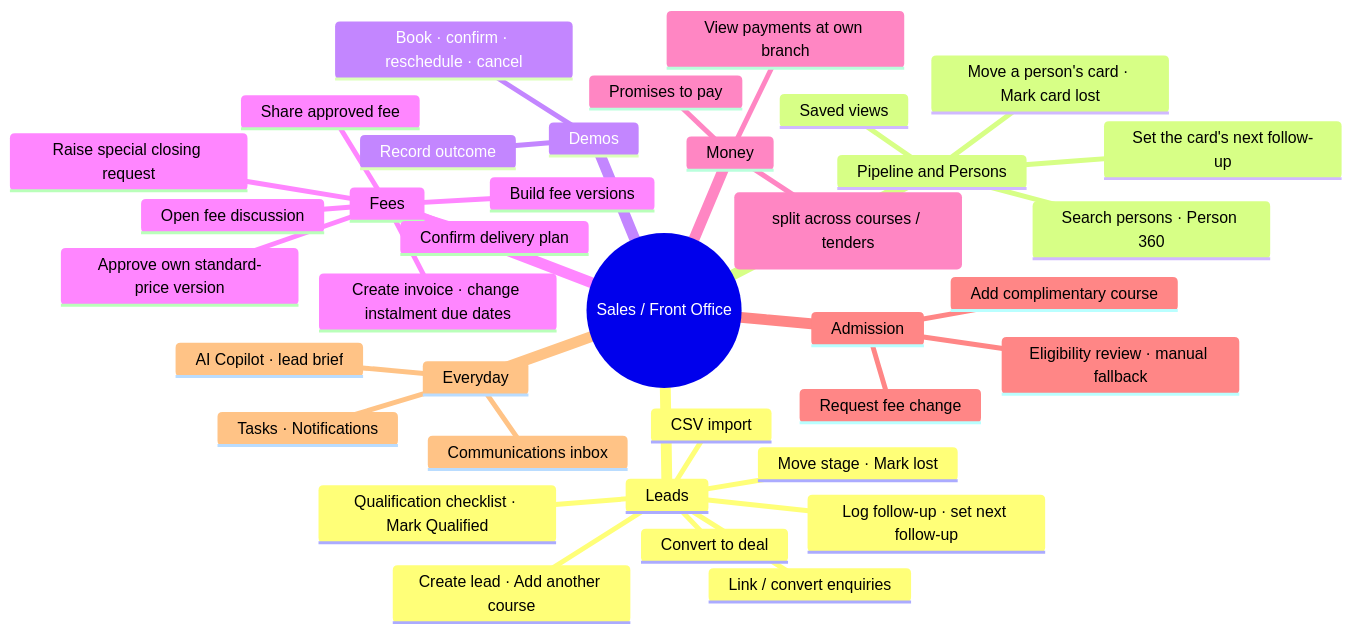
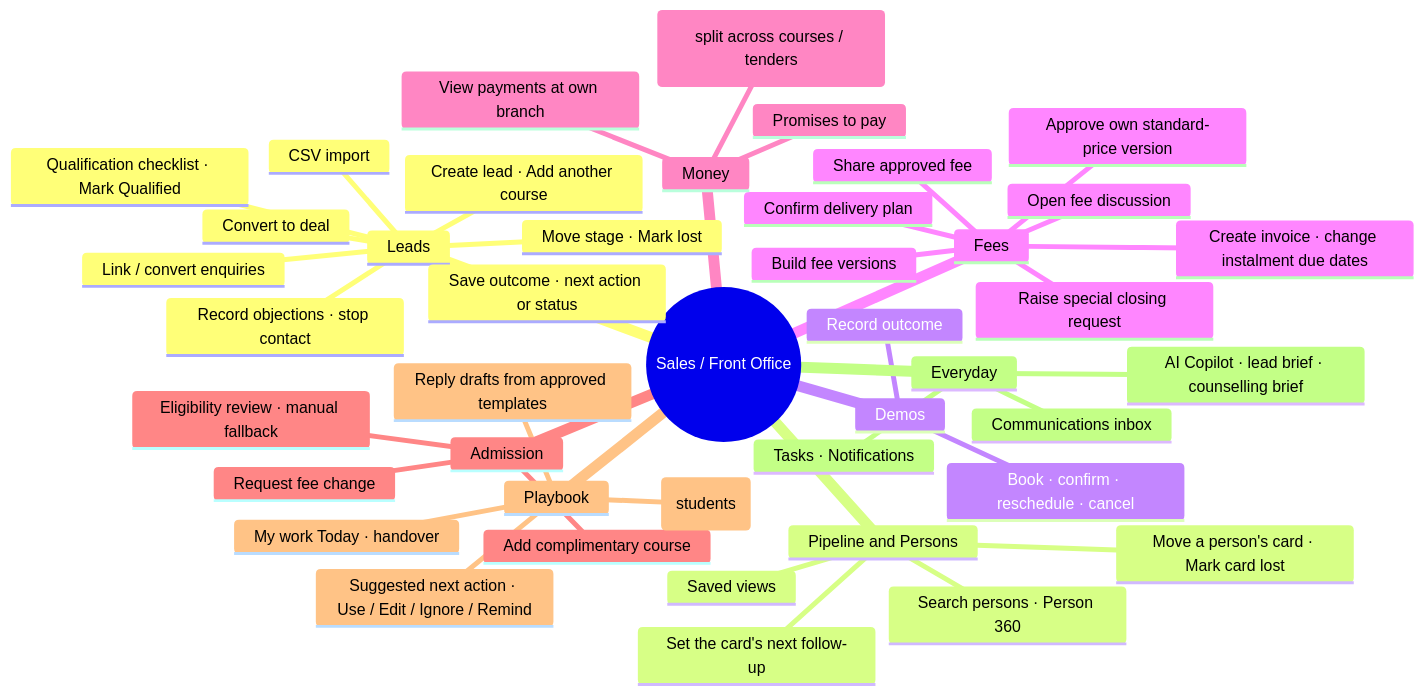
Before and after one commit to misterpk-18/nipunacrm: the fourth of 18 diagrams in docs/PRODUCT_GUIDE.md, drawn with Mermaid. The commit also changed other lines of this file and 339 other files, not shown here.

````diff
--- a/docs/PRODUCT_GUIDE.md
+++ b/docs/PRODUCT_GUIDE.md
@@ -418,40 +495,46 @@
 ```mermaid
 mindmap
   root(("Sales / Front Office"))
     Leads
       Create lead · Add another course
       CSV import
-      Log follow-up · set next follow-up
+      Save outcome · next action or status
+      Record objections · stop contact
       Qualification checklist · Mark Qualified
       Convert to deal
       Move stage · Mark lost
       Link / convert enquiries
     Pipeline and Persons
       Move a person's card · Mark card lost
       Set the card's next follow-up
       Search persons · Person 360
       Saved views
     Demos
       Book · confirm · reschedule · cancel
       Record outcome
     Fees
       Open fee discussion
       Build fee versions
       Raise special closing request
       Approve own standard-price version
       Share approved fee
       Confirm delivery plan
       Create invoice · change instalment due dates
     Money
       Record payment claim (split across courses / tenders)
       View payments at own branch
       Promises to pay
     Admission
       Eligibility review · manual fallback
       Add complimentary course
       Request fee change
+    Playbook
+      My work Today · handover
+      Suggested next action · Use / Edit / Ignore / Remind
+      Reply drafts from approved templates
+      Next-course suggestions (students)
     Everyday
       Tasks · Notifications
       Communications inbox
-      AI Copilot · lead brief
+      AI Copilot · lead brief · counselling brief
 ```
````
